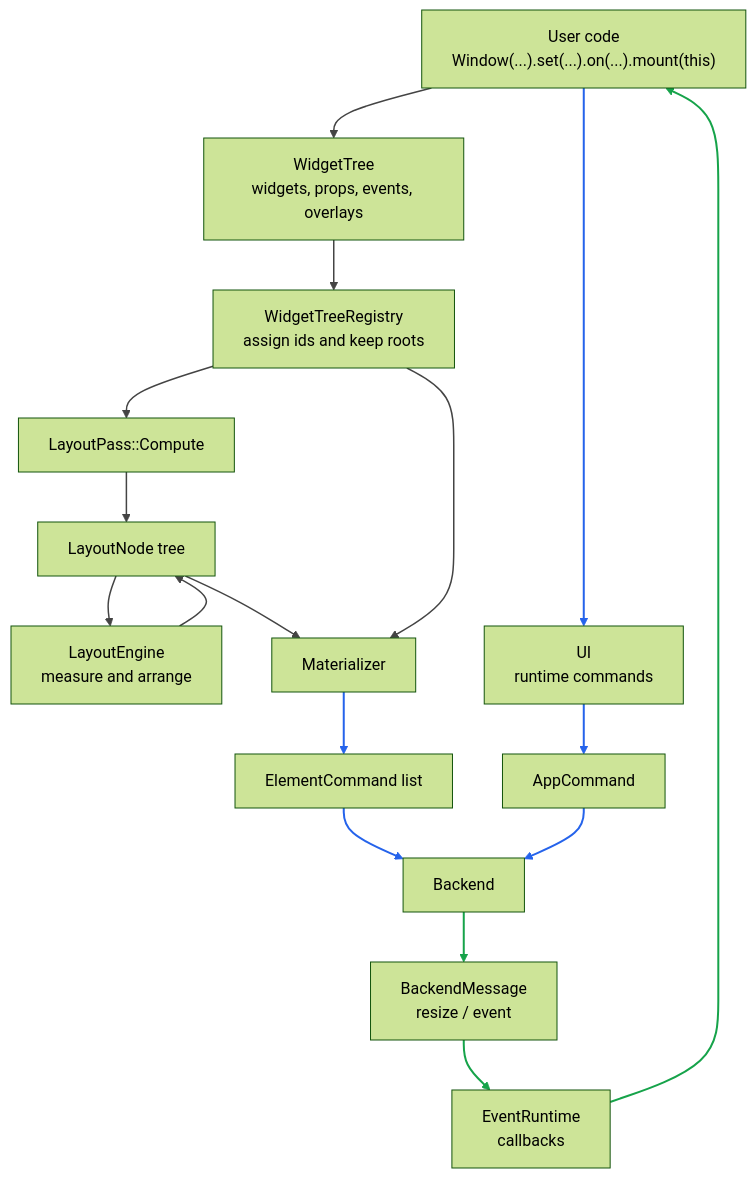
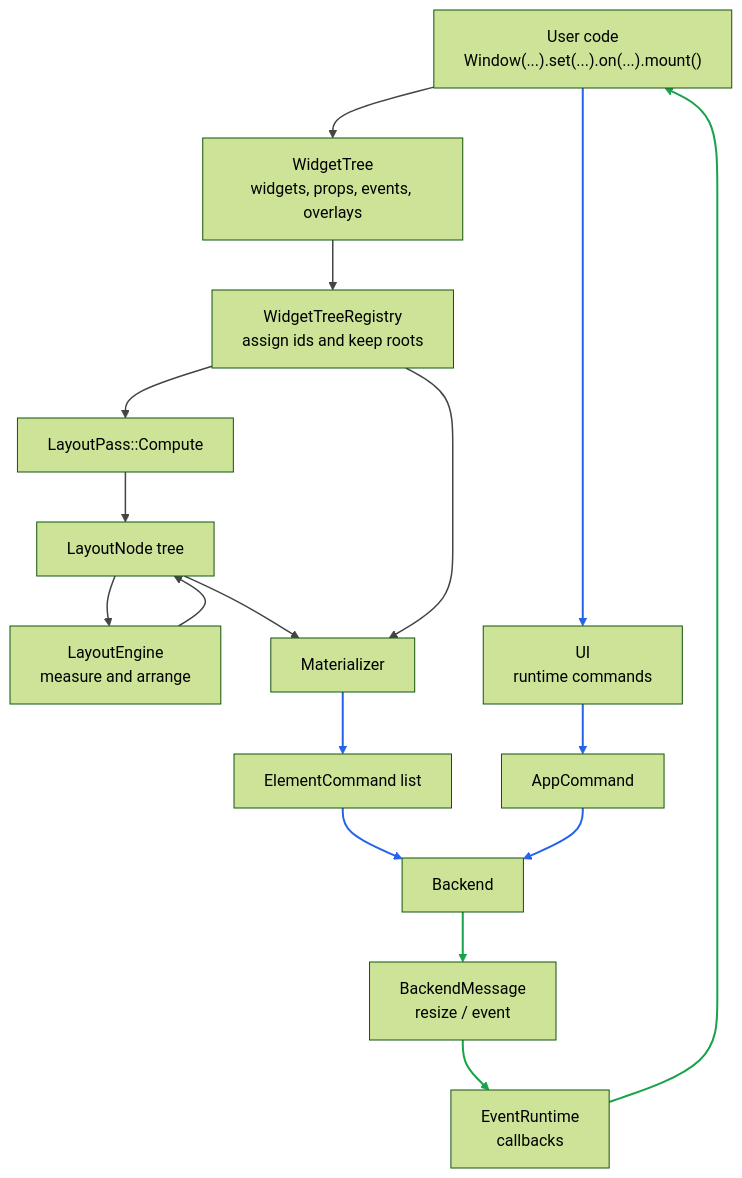
One commit to ZebNoid/Blade changed the second of 4 diagrams in Docs/Architecture.md. Above: the diagram before and after it, drawn with Mermaid (forest theme). The commit also changed 5 other files, not shown here.

````diff
--- a/Docs/Architecture.md
+++ b/Docs/Architecture.md
@@ -33,50 +33,50 @@
 ```mermaid
 flowchart TD
-    UserCode["User code\nWindow(...).set(...).on(...).mount(this)"]
+    UserCode["User code\nWindow(...).set(...).on(...).mount()"]
     WidgetTree["WidgetTree\nwidgets, props, events, overlays"]
     RuntimeTree["WidgetTreeRegistry\nassign ids and keep roots"]
     LayoutPass["LayoutPass::Compute"]
     LayoutTree["LayoutNode tree"]
     LayoutEngine["LayoutEngine\nmeasure and arrange"]
     Materializer["Materializer"]
     Commands["ElementCommand list"]
     UI["UI\nruntime commands"]
     AppCommand["AppCommand"]
     Backend["Backend"]
     Messages["BackendMessage\nresize / event"]
     EventRuntime["EventRuntime\ncallbacks"]
 
     UserCode --> WidgetTree
     WidgetTree --> RuntimeTree
     RuntimeTree --> LayoutPass
     LayoutPass --> LayoutTree
     LayoutTree --> LayoutEngine
     LayoutEngine --> LayoutTree
     LayoutTree --> Materializer
     RuntimeTree --> Materializer
     Materializer --> Commands
     Commands --> Backend
     UserCode --> UI
     UI --> AppCommand
     AppCommand --> Backend
     Backend --> Messages
     Messages --> EventRuntime
     EventRuntime --> UserCode
 
     linkStyle 0 stroke:#444,stroke-width:1.5px
     linkStyle 1 stroke:#444,stroke-width:1.5px
     linkStyle 2 stroke:#444,stroke-width:1.5px
     linkStyle 3 stroke:#444,stroke-width:1.5px
     linkStyle 4 stroke:#444,stroke-width:1.5px
     linkStyle 5 stroke:#444,stroke-width:1.5px
     linkStyle 6 stroke:#444,stroke-width:1.5px
     linkStyle 7 stroke:#444,stroke-width:1.5px
     linkStyle 8 stroke:#2563eb,stroke-width:2px
     linkStyle 9 stroke:#2563eb,stroke-width:2px
     linkStyle 10 stroke:#2563eb,stroke-width:2px
     linkStyle 11 stroke:#2563eb,stroke-width:2px
     linkStyle 12 stroke:#2563eb,stroke-width:2px
     linkStyle 13 stroke:#16a34a,stroke-width:2px
     linkStyle 14 stroke:#16a34a,stroke-width:2px
     linkStyle 15 stroke:#16a34a,stroke-width:2px
 ```
````
